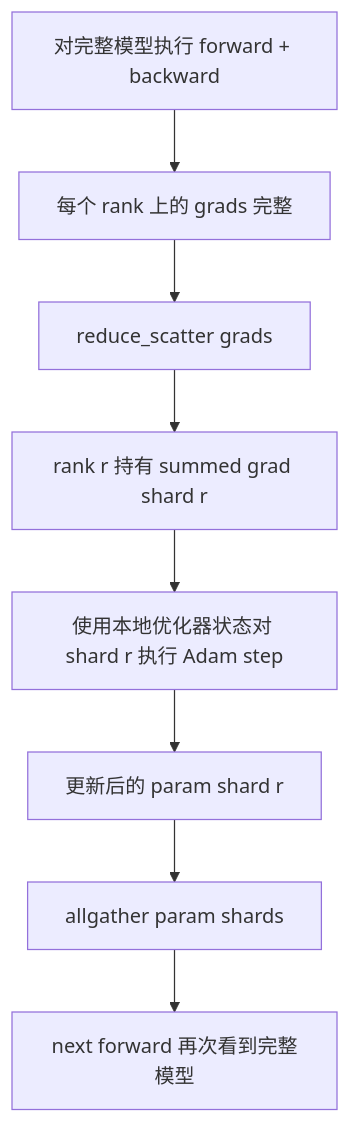
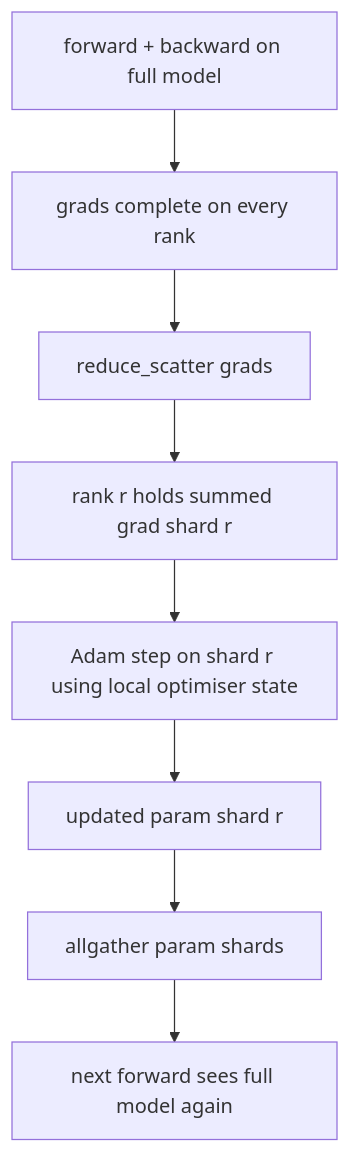
Before and after one commit to xiaojiaenen/ai-engineering-from-scratch-zh: the diagram in i18n/zh/phases/19-capstone-projects/78-zero-parameter-sharding/docs/zh.md, drawn with Mermaid. The commit also changed other lines of this file and 85 other files, not shown here.

````diff
--- a/i18n/zh/phases/19-capstone-projects/78-zero-parameter-sharding/docs/zh.md
+++ b/i18n/zh/phases/19-capstone-projects/78-zero-parameter-sharding/docs/zh.md
@@ -25,10 +25,10 @@
 ```mermaid
 flowchart TD
-  A[对完整模型执行 forward + backward] --> B[每个 rank 上的 grads 完整]
+  A[forward + backward on full model] --> B[grads complete on every rank]
   B --> C[reduce_scatter grads]
-  C --> D[rank r 持有 summed grad shard r]
-  D --> E[使用本地优化器状态对 shard r 执行 Adam step]
-  E --> F[更新后的 param shard r]
+  C --> D[rank r holds summed grad shard r]
+  D --> E[Adam step on shard r using local optimiser state]
+  E --> F[updated param shard r]
   F --> G[allgather param shards]
-  G --> H[next forward 再次看到完整模型]
+  G --> H[next forward sees full model again]
 ```
````
